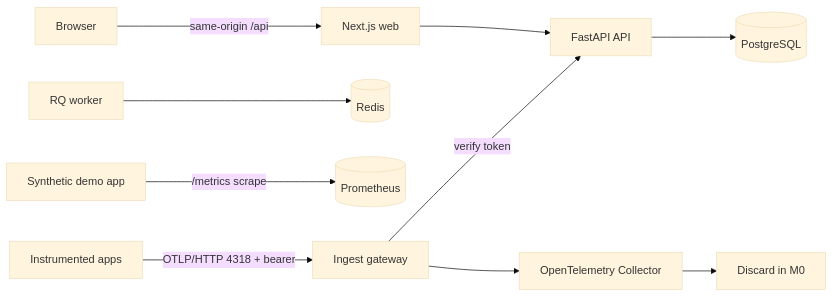
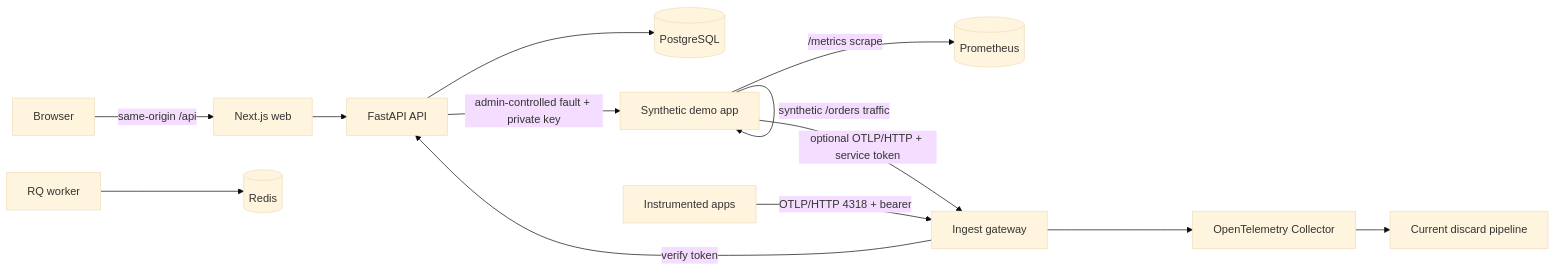
Before and after one commit to uditaswal/OpsDetective: the diagram in docs/architecture.md, drawn with Mermaid (base theme). The commit also changed other lines of this file and 17 other files, not shown here.

Commit message:
Add synthetic demo traffic and guarded fault scenarios

````diff
--- a/docs/architecture.md
+++ b/docs/architecture.md
@@ -5,12 +5,15 @@
 ```mermaid
 flowchart LR
   Browser -->|same-origin /api| Web[Next.js web]
   Web --> API[FastAPI API]
   API --> PG[(PostgreSQL)]
   Worker[RQ worker] --> Redis[(Redis)]
   Demo[Synthetic demo app] -->|/metrics scrape| Prom[(Prometheus)]
+  Demo -->|synthetic /orders traffic| Demo
+  API -->|admin-controlled fault + private key| Demo
+  Demo -->|optional OTLP/HTTP + service token| Gateway
   Instrumented[Instrumented apps] -->|OTLP/HTTP 4318 + bearer| Gateway[Ingest gateway]
   Gateway -->|verify token| API
   Gateway --> Collector[OpenTelemetry Collector]
-  Collector --> Nop[Discard in M0]
+  Collector --> Nop[Current discard pipeline]
 ```
````
